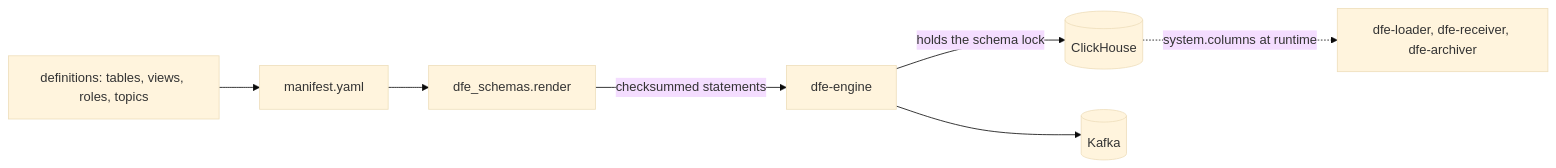
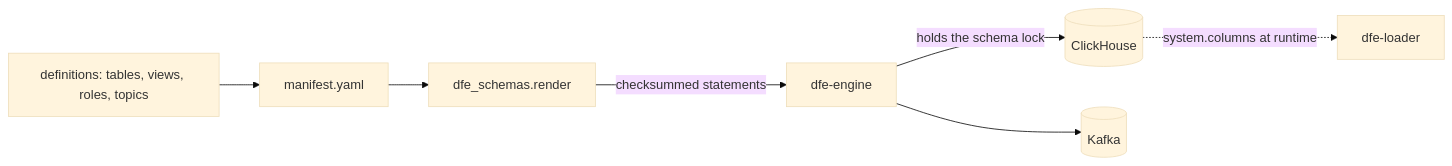
One commit to hyperi-io/dfe-schemas changed the diagram in docs/architecture.md. Above: the diagram before and after it, drawn with Mermaid (base theme). The commit also changed other lines of this file and 8 other files, not shown here.

First line of the commit message:
docs(schemas): match the pages to the code (#123)

````diff
--- a/docs/architecture.md
+++ b/docs/architecture.md
@@ -19,9 +19,9 @@
 ```mermaid
 flowchart LR
     D[definitions: tables, views, roles, topics] --> M[manifest.yaml]
     M --> R[dfe_schemas.render]
     R -->|checksummed statements| E[dfe-engine]
     E -->|holds the schema lock| CH[(ClickHouse)]
     E --> K[(Kafka)]
-    CH -.->|system.columns at runtime| RS[dfe-loader, dfe-receiver, dfe-archiver]
+    CH -.->|system.columns at runtime| RS[dfe-loader]
 ```
````
